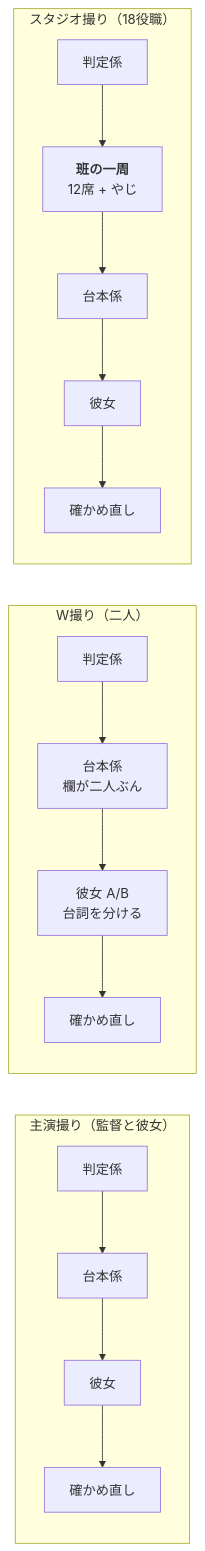
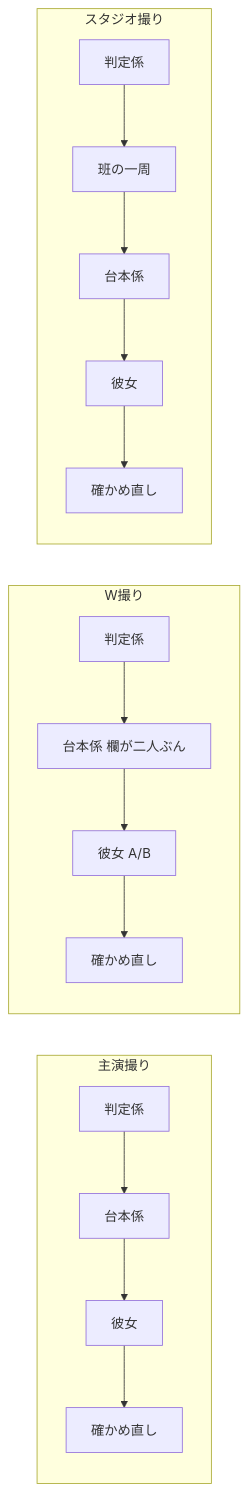
One commit to ranbell/ranbell_image changed the second of 6 diagrams in docs/tech/muse.ja.md. Above: the diagram before and after it, drawn with Mermaid. The commit also changed other lines of this file and 6 other files, not shown here.

````diff
--- a/docs/tech/muse.ja.md
+++ b/docs/tech/muse.ja.md
@@ -57,15 +65,15 @@
 ```mermaid
 flowchart LR
-    subgraph S1["主演撮り（監督と彼女）"]
+    subgraph S1["主演撮り"]
         direction TB
         a1["判定係"] --> a2["台本係"] --> a3["彼女"] --> a4["確かめ直し"]
     end
-    subgraph S2["W撮り（二人）"]
+    subgraph S2["W撮り"]
         direction TB
-        b1["判定係"] --> b2["台本係<br/>欄が二人ぶん"] --> b3["彼女 A/B<br/>台詞を分ける"] --> b4["確かめ直し"]
+        b1["判定係"] --> b2["台本係 欄が二人ぶん"] --> b3["彼女 A/B"] --> b4["確かめ直し"]
     end
-    subgraph S3["スタジオ撮り（18役職）"]
+    subgraph S3["スタジオ撮り"]
         direction TB
-        c1["判定係"] --> c0["<b>班の一周</b><br/>12席 + やじ"] --> c2["台本係"] --> c3["彼女"] --> c4["確かめ直し"]
+        c1["判定係"] --> c0["班の一周"] --> c2["台本係"] --> c3["彼女"] --> c4["確かめ直し"]
     end
 ```
````
